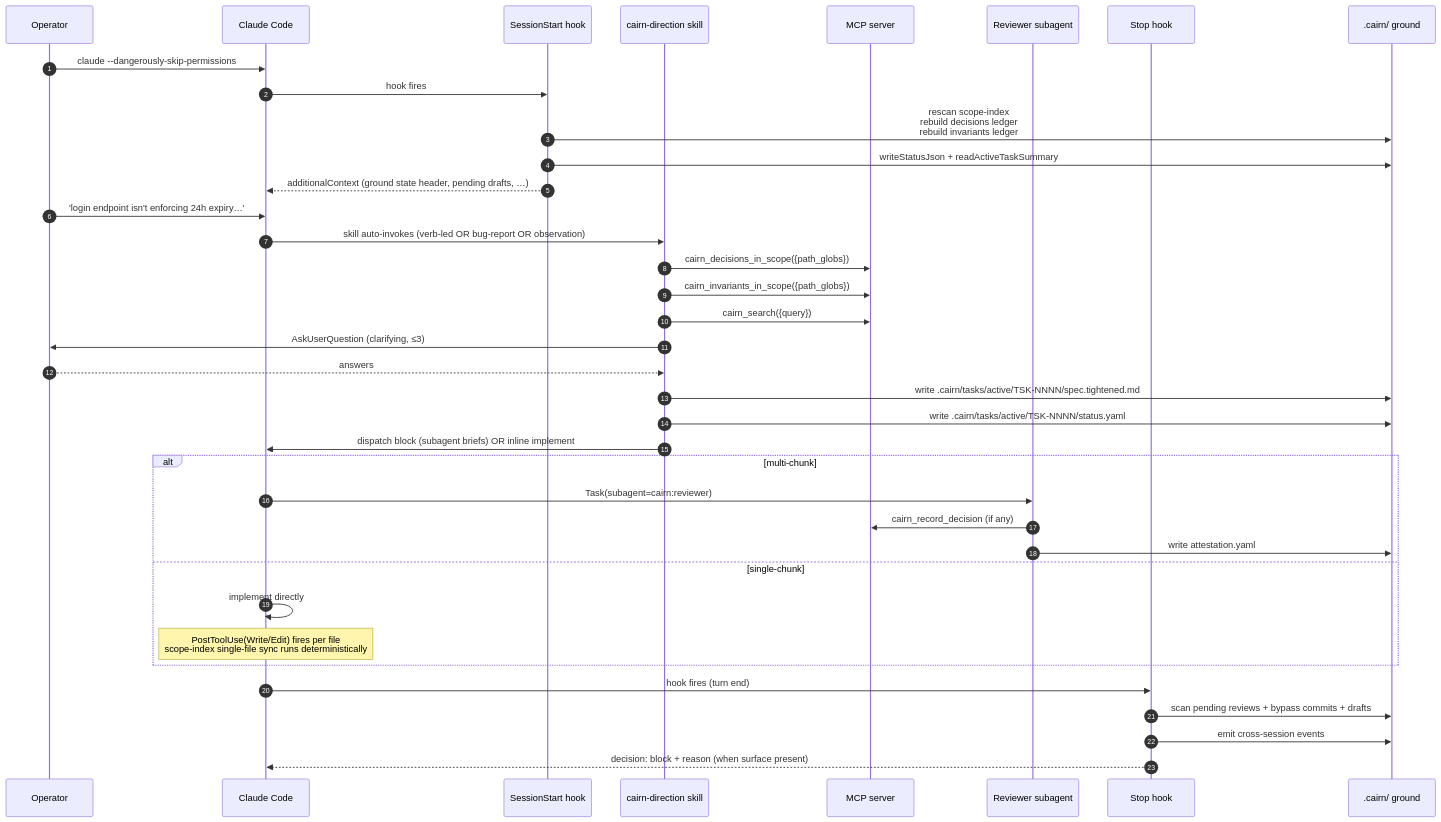
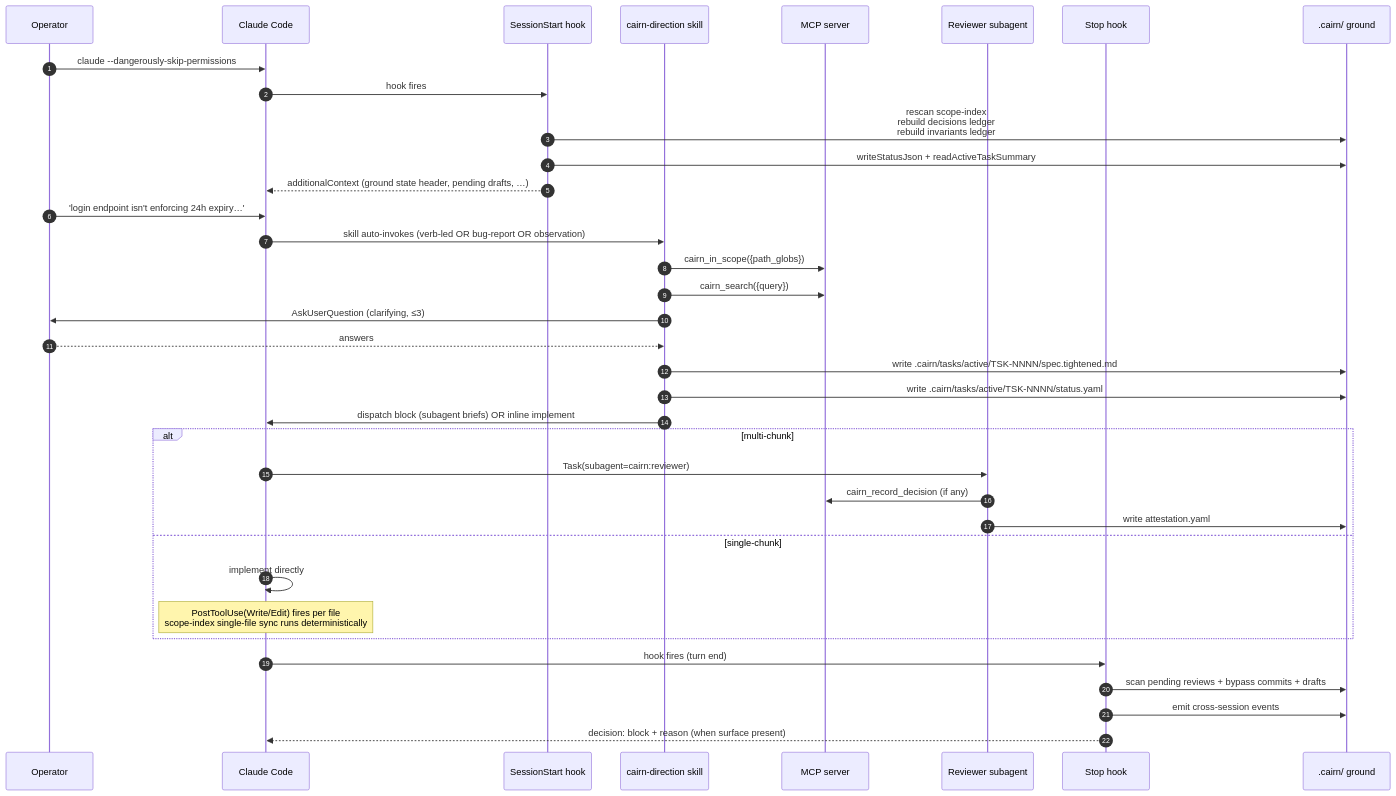
Before and after one commit to isaacriehm/cairn: the third of 3 diagrams in docs/SYSTEM_OVERVIEW.md, drawn with Mermaid. The commit also changed other lines of this file and 30 other files, not shown here.

````diff
--- a/docs/SYSTEM_OVERVIEW.md
+++ b/docs/SYSTEM_OVERVIEW.md
@@ -132,43 +132,42 @@
 ```mermaid
 sequenceDiagram
   autonumber
   participant Op as Operator
   participant CC as Claude Code
   participant SS as SessionStart hook
   participant CD as cairn-direction skill
   participant MCP as MCP server
   participant Sub as Reviewer subagent
   participant Stop as Stop hook
   participant Disk as .cairn/ ground
 
   Op->>CC: claude --dangerously-skip-permissions
   CC->>SS: hook fires
   SS->>Disk: rescan scope-index<br/>rebuild decisions ledger<br/>rebuild invariants ledger
   SS->>Disk: writeStatusJson + readActiveTaskSummary
   SS-->>CC: additionalContext (ground state header, pending drafts, …)
 
   Op->>CC: 'login endpoint isn't enforcing 24h expiry…'
   CC->>CD: skill auto-invokes (verb-led OR bug-report OR observation)
-  CD->>MCP: cairn_decisions_in_scope({path_globs})
-  CD->>MCP: cairn_invariants_in_scope({path_globs})
+  CD->>MCP: cairn_in_scope({path_globs})
   CD->>MCP: cairn_search({query})
   CD->>Op: AskUserQuestion (clarifying, ≤3)
   Op-->>CD: answers
   CD->>Disk: write .cairn/tasks/active/TSK-NNNN/spec.tightened.md
   CD->>Disk: write .cairn/tasks/active/TSK-NNNN/status.yaml
   CD->>CC: dispatch block (subagent briefs) OR inline implement
 
   alt multi-chunk
     CC->>Sub: Task(subagent=cairn:reviewer)
     Sub->>MCP: cairn_record_decision (if any)
     Sub->>Disk: write attestation.yaml
   else single-chunk
     CC->>CC: implement directly
     Note over CC: PostToolUse(Write/Edit) fires per file<br/>scope-index single-file sync runs deterministically
   end
 
   CC->>Stop: hook fires (turn end)
   Stop->>Disk: scan pending reviews + bypass commits + drafts
   Stop->>Disk: emit cross-session events
   Stop-->>CC: decision: block + reason (when surface present)
 ```
````
